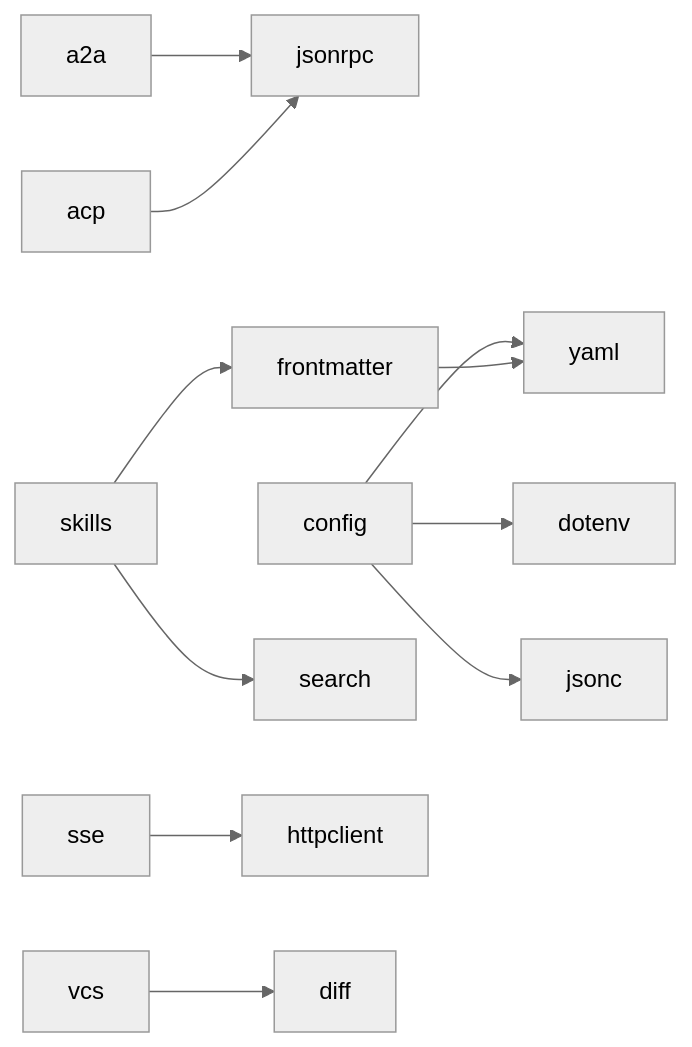
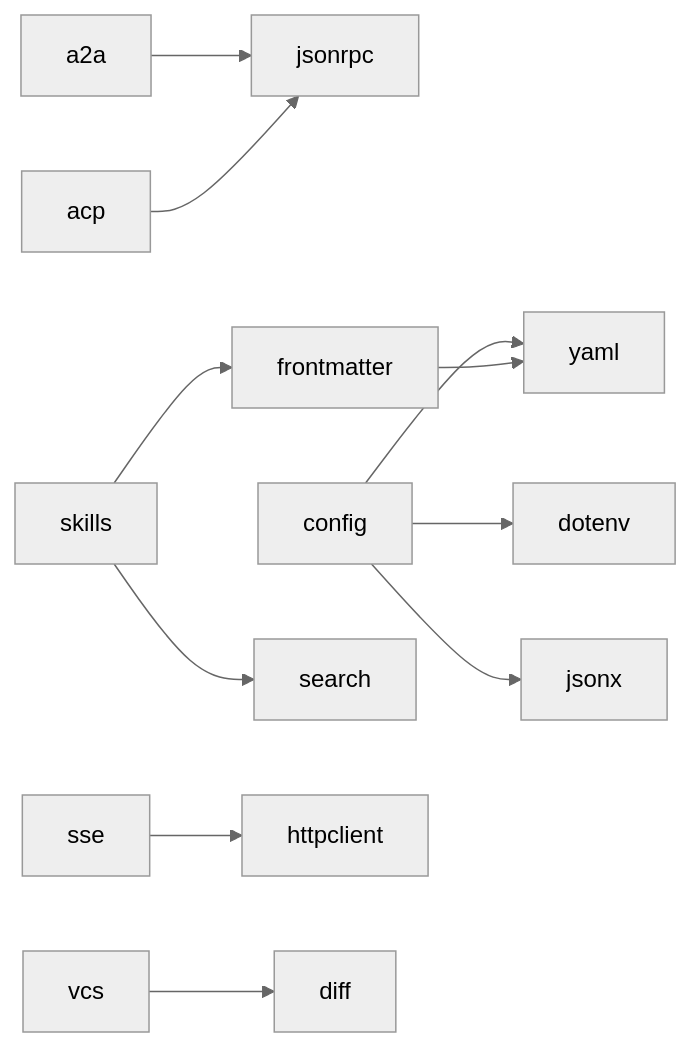
One commit to Oaklight/zerodep changed the diagram in docs/guide/manifest.md. Above: the diagram before and after it, drawn with Mermaid (neutral theme). The commit also changed 12 other files, not shown here.

First line of the commit message:
docs: rename jsonc → jsonx across all doc pages and nav

````diff
--- a/docs/guide/manifest.md
+++ b/docs/guide/manifest.md
@@ -112,13 +112,13 @@
 ```mermaid
 graph LR
     a2a --> jsonrpc
     acp --> jsonrpc
     config --> dotenv
     config --> yaml
-    config --> jsonc
+    config --> jsonx
     frontmatter --> yaml
     skills --> frontmatter
     skills --> search
     sse --> httpclient
     vcs --> diff
 ```
````
